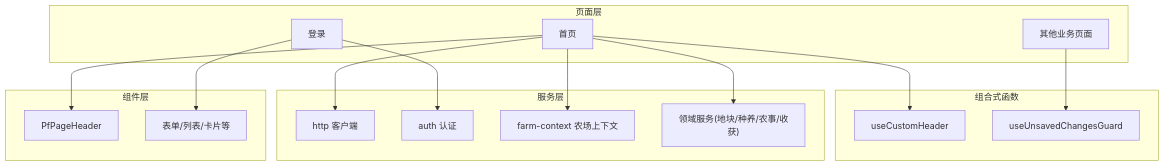
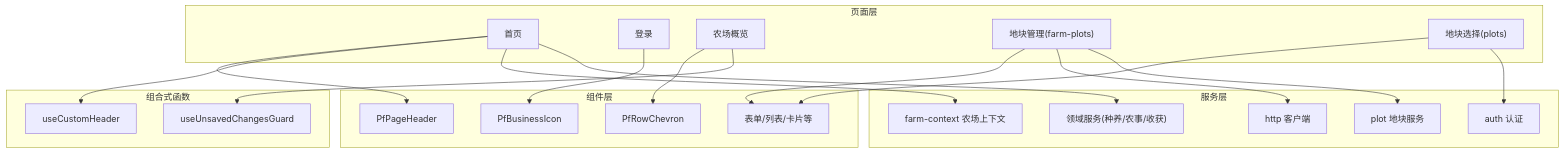
The second of 7 diagrams in .qoder/repowiki/zh/content/前端应用/应用架构设计.md (wungjyan/pocket-farm), drawn with Mermaid before and after one commit. The commit also changed other lines of this file and 198 other files, not shown here.

````diff
--- a/.qoder/repowiki/zh/content/前端应用/应用架构设计.md
+++ b/.qoder/repowiki/zh/content/前端应用/应用架构设计.md
@@ -91,30 +101,39 @@
 ```mermaid
 graph TB
 subgraph "页面层"
 P1["首页"]
 P2["登录"]
-P3["其他业务页面"]
+P3["农场概览"]
+P4["地块管理(farm-plots)"]
+P5["地块选择(plots)"]
 end
 subgraph "组件层"
 C1["PfPageHeader"]
-C2["表单/列表/卡片等"]
+C2["PfBusinessIcon"]
+C3["PfRowChevron"]
+C4["表单/列表/卡片等"]
 end
 subgraph "组合式函数"
 K1["useCustomHeader"]
 K2["useUnsavedChangesGuard"]
 end
 subgraph "服务层"
 S1["http 客户端"]
 S2["auth 认证"]
 S3["farm-context 农场上下文"]
-S4["领域服务(地块/种养/农事/收获)"]
+S4["plot 地块服务"]
+S5["领域服务(种养/农事/收获)"]
 end
 P1 --> C1
 P2 --> C2
+P3 --> C3
+P4 --> C4
+P5 --> C4
 P1 --> K1
 P3 --> K2
-P1 --> S1
-P2 --> S2
+P4 --> S1
+P5 --> S2
 P1 --> S3
-P1 --> S4
+P4 --> S4
+P1 --> S5
 ```
````
